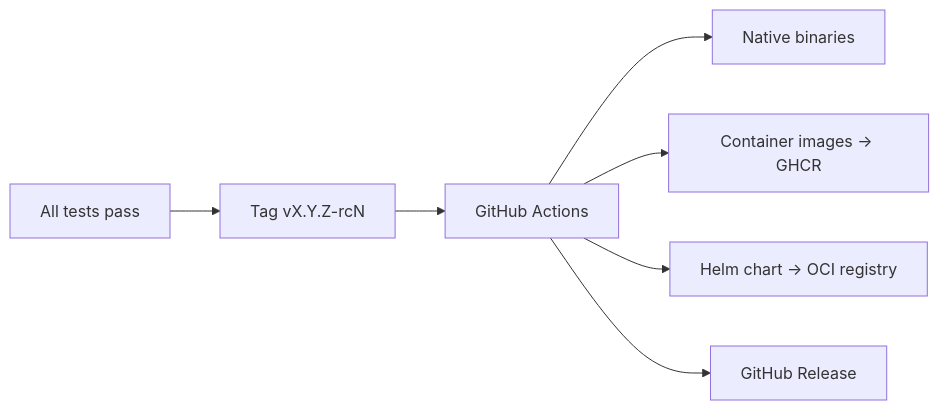
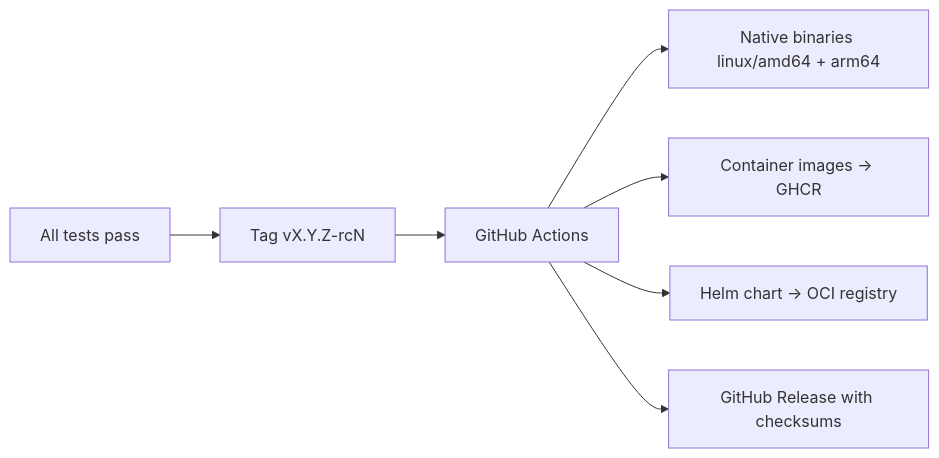
One commit to codriverlabs/KubeMicroVM changed the seventh of 7 diagrams in .agents/summary/workflows.md. Above: the diagram before and after it, drawn with Mermaid. The commit also changed other lines of this file and 9 other files, not shown here.

````diff
--- a/.agents/summary/workflows.md
+++ b/.agents/summary/workflows.md
@@ -104,9 +125,9 @@
 ```mermaid
 graph LR
     A[All tests pass] --> B[Tag vX.Y.Z-rcN]
     B --> C[GitHub Actions]
-    C --> D[Native binaries]
+    C --> D[Native binaries linux/amd64 + arm64]
     C --> E[Container images → GHCR]
     C --> F[Helm chart → OCI registry]
-    C --> G[GitHub Release]
+    C --> G[GitHub Release with checksums]
 ```
````
